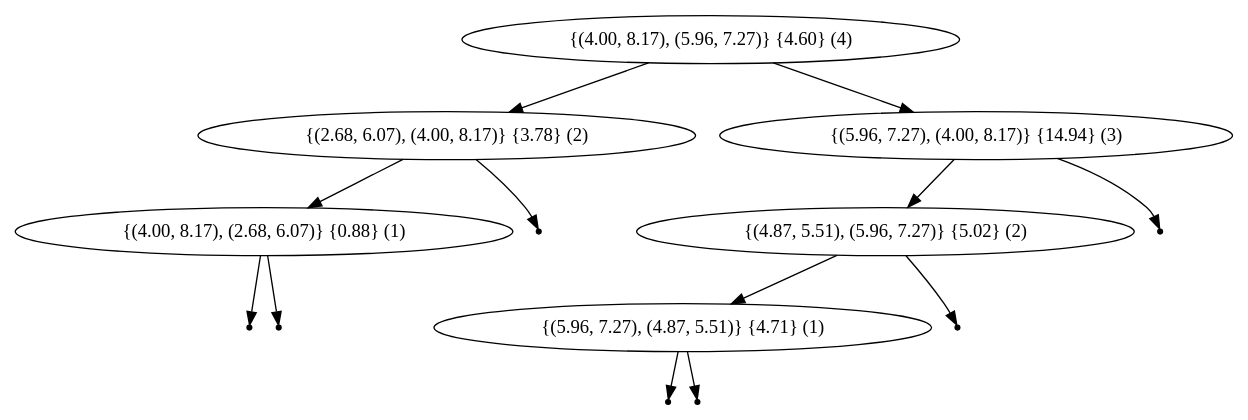
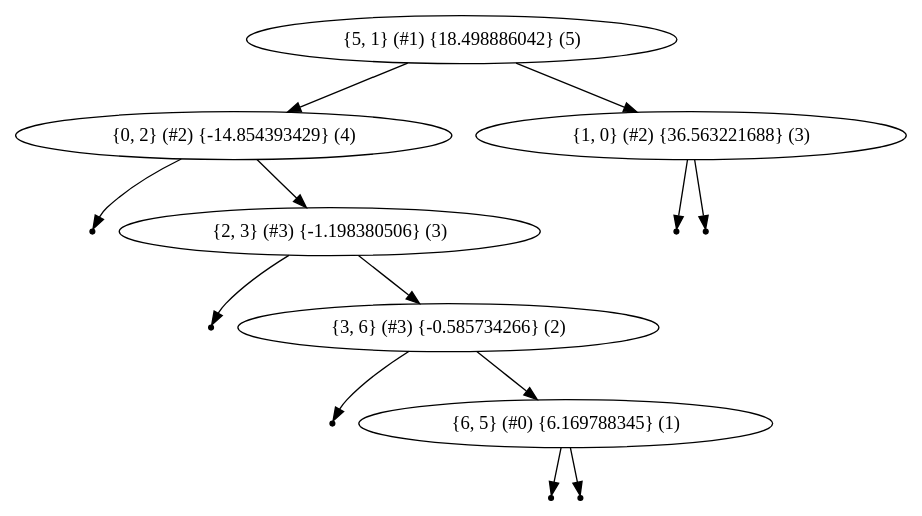
Before and after one commit to cerdogan/Job: the diagram in Voronoi_Diagrams/graph.dot, drawn with Graphviz. The commit also changed 9 other files, not shown here.

```diff
--- a/Voronoi_Diagrams/graph.dot
+++ b/Voronoi_Diagrams/graph.dot
@@ -1,23 +1,23 @@
 digraph {
 graph [ordering="out"]
-"{(4.00, 8.17), (5.96, 7.27)} {4.60} (4)"
-"{(4.00, 8.17), (5.96, 7.27)} {4.60} (4)" -> "{(2.68, 6.07), (4.00, 8.17)} {3.78} (2)"
-"{(2.68, 6.07), (4.00, 8.17)} {3.78} (2)" -> "{(4.00, 8.17), (2.68, 6.07)} {0.88} (1)"
-"null{(4.00, 8.17), (2.68, 6.07)} {0.88}-0" [shape=point];
-"{(4.00, 8.17), (2.68, 6.07)} {0.88} (1)" -> "null{(4.00, 8.17), (2.68, 6.07)} {0.88}-0";
-"null{(4.00, 8.17), (2.68, 6.07)} {0.88}-1" [shape=point];
-"{(4.00, 8.17), (2.68, 6.07)} {0.88} (1)" -> "null{(4.00, 8.17), (2.68, 6.07)} {0.88}-1";
-"null{(2.68, 6.07), (4.00, 8.17)} {3.78}-1" [shape=point];
-"{(2.68, 6.07), (4.00, 8.17)} {3.78} (2)" -> "null{(2.68, 6.07), (4.00, 8.17)} {3.78}-1";
-"{(4.00, 8.17), (5.96, 7.27)} {4.60} (4)" -> "{(5.96, 7.27), (4.00, 8.17)} {14.94} (3)"
-"{(5.96, 7.27), (4.00, 8.17)} {14.94} (3)" -> "{(4.87, 5.51), (5.96, 7.27)} {5.02} (2)"
-"{(4.87, 5.51), (5.96, 7.27)} {5.02} (2)" -> "{(5.96, 7.27), (4.87, 5.51)} {4.71} (1)"
-"null{(5.96, 7.27), (4.87, 5.51)} {4.71}-0" [shape=point];
-"{(5.96, 7.27), (4.87, 5.51)} {4.71} (1)" -> "null{(5.96, 7.27), (4.87, 5.51)} {4.71}-0";
-"null{(5.96, 7.27), (4.87, 5.51)} {4.71}-1" [shape=point];
-"{(5.96, 7.27), (4.87, 5.51)} {4.71} (1)" -> "null{(5.96, 7.27), (4.87, 5.51)} {4.71}-1";
-"null{(4.87, 5.51), (5.96, 7.27)} {5.02}-1" [shape=point];
-"{(4.87, 5.51), (5.96, 7.27)} {5.02} (2)" -> "null{(4.87, 5.51), (5.96, 7.27)} {5.02}-1";
-"null{(5.96, 7.27), (4.00, 8.17)} {14.94}-1" [shape=point];
-"{(5.96, 7.27), (4.00, 8.17)} {14.94} (3)" -> "null{(5.96, 7.27), (4.00, 8.17)} {14.94}-1";
+"{5, 1} (#1) {18.498886042} (5)"
+"{5, 1} (#1) {18.498886042} (5)" -> "{0, 2} (#2) {-14.854393429} (4)"
+"null{0, 2} (#2) {-14.854393429}-0" [shape=point];
+"{0, 2} (#2) {-14.854393429} (4)" -> "null{0, 2} (#2) {-14.854393429}-0";
+"{0, 2} (#2) {-14.854393429} (4)" -> "{2, 3} (#3) {-1.198380506} (3)"
+"null{2, 3} (#3) {-1.198380506}-0" [shape=point];
+"{2, 3} (#3) {-1.198380506} (3)" -> "null{2, 3} (#3) {-1.198380506}-0";
+"{2, 3} (#3) {-1.198380506} (3)" -> "{3, 6} (#3) {-0.585734266} (2)"
+"null{3, 6} (#3) {-0.585734266}-0" [shape=point];
+"{3, 6} (#3) {-0.585734266} (2)" -> "null{3, 6} (#3) {-0.585734266}-0";
+"{3, 6} (#3) {-0.585734266} (2)" -> "{6, 5} (#0) {6.169788345} (1)"
+"null{6, 5} (#0) {6.169788345}-0" [shape=point];
+"{6, 5} (#0) {6.169788345} (1)" -> "null{6, 5} (#0) {6.169788345}-0";
+"null{6, 5} (#0) {6.169788345}-1" [shape=point];
+"{6, 5} (#0) {6.169788345} (1)" -> "null{6, 5} (#0) {6.169788345}-1";
+"{5, 1} (#1) {18.498886042} (5)" -> "{1, 0} (#2) {36.563221688} (3)"
+"null{1, 0} (#2) {36.563221688}-0" [shape=point];
+"{1, 0} (#2) {36.563221688} (3)" -> "null{1, 0} (#2) {36.563221688}-0";
+"null{1, 0} (#2) {36.563221688}-1" [shape=point];
+"{1, 0} (#2) {36.563221688} (3)" -> "null{1, 0} (#2) {36.563221688}-1";
 }
```
